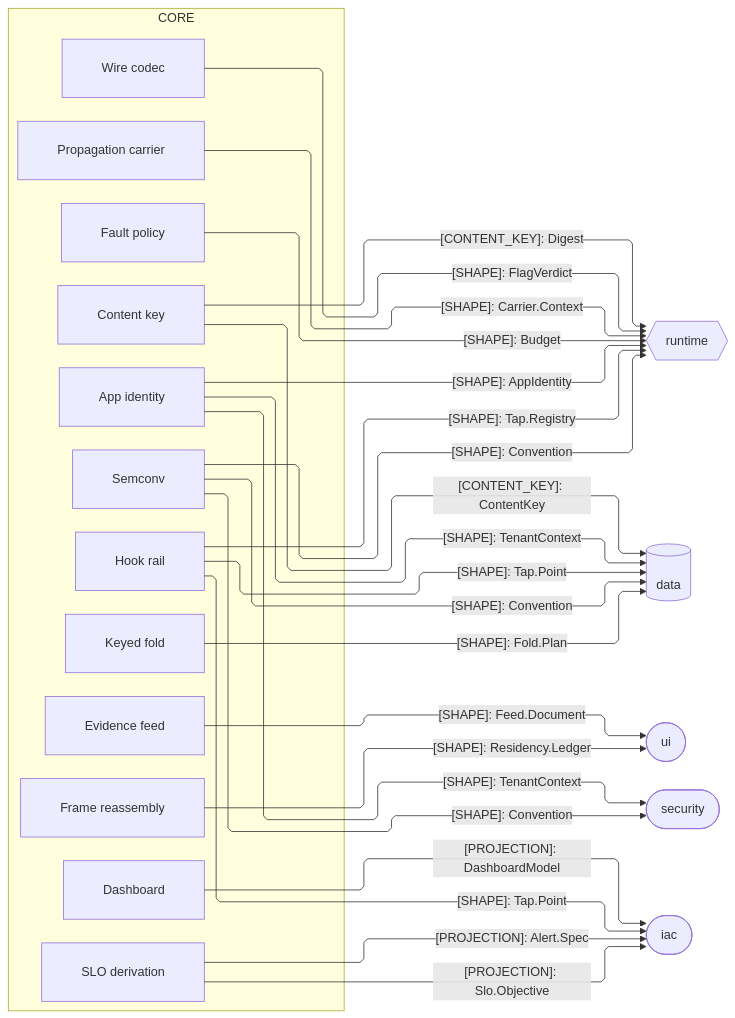
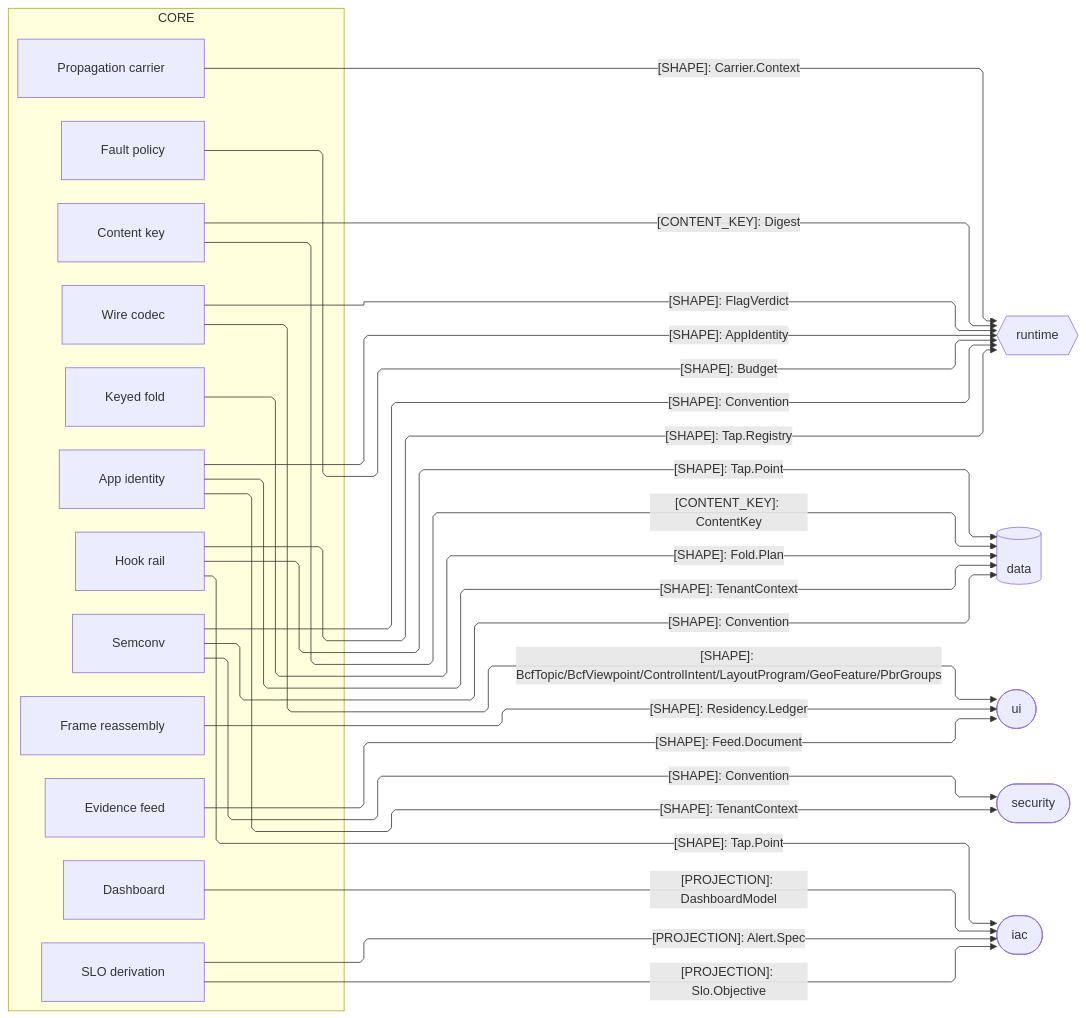
The third of 3 diagrams in libs/typescript/core/ARCHITECTURE.md (bsamiee/Rasm), drawn with Mermaid before and after one commit. The commit also changed other lines of this file and 486 other files, not shown here.

````diff
--- a/libs/typescript/core/ARCHITECTURE.md
+++ b/libs/typescript/core/ARCHITECTURE.md
@@ -162,51 +162,52 @@
 ```mermaid
 ---
 config:
   layout: elk
   flowchart:
     curve: linear
     padding: 25
 ---
 flowchart LR
     accTitle: Core TypeScript sibling seam registry
     accDescr: Core owners handing content identity and decoded shapes to the data, runtime, ui, security, and iac siblings.
     subgraph core[CORE]
         ContentKey[Content key]
         Codec[Wire codec]
         Frame[Frame reassembly]
         Fold[Keyed fold]
         Feed[Evidence feed]
         Identity[App identity]
         Fault[Fault policy]
         Convention[Semconv]
         Slo[SLO derivation]
         Board[Dashboard]
         Tap[Hook rail]
         Carrier[Propagation carrier]
     end
     Runtime{{runtime}}
     Data[(data)]
     Ui([ui])
     Security([security])
     Iac([iac])
     ContentKey e1@-->|"[CONTENT_KEY]: ContentKey"| Data
     ContentKey e2@-->|"[CONTENT_KEY]: Digest"| Runtime
     Codec e3@-->|"[SHAPE]: FlagVerdict"| Runtime
     Fold e4@-->|"[SHAPE]: Fold.Plan"| Data
     Feed e5@-->|"[SHAPE]: Feed.Document"| Ui
     Identity e6@-->|"[SHAPE]: TenantContext"| Security
     Identity e7@-->|"[SHAPE]: TenantContext"| Data
     Identity e8@-->|"[SHAPE]: AppIdentity"| Runtime
     Fault e9@-->|"[SHAPE]: Budget"| Runtime
     Convention e10@-->|"[SHAPE]: Convention"| Runtime
     Convention e12@-->|"[SHAPE]: Convention"| Data
     Convention e13@-->|"[SHAPE]: Convention"| Security
     Board e11@-->|"[PROJECTION]: DashboardModel"| Iac
     Slo e14@-->|"[PROJECTION]: Alert.Spec"| Iac
     Frame e15@-->|"[SHAPE]: Residency.Ledger"| Ui
+    Codec e21@-->|"[SHAPE]: BcfTopic/BcfViewpoint/ControlIntent/LayoutProgram/GeoFeature/PbrGroups"| Ui
     Slo e16@-->|"[PROJECTION]: Slo.Objective"| Iac
     Tap e17@-->|"[SHAPE]: Tap.Registry"| Runtime
     Carrier e18@-->|"[SHAPE]: Carrier.Context"| Runtime
     Tap e19@-->|"[SHAPE]: Tap.Point"| Data
     Tap e20@-->|"[SHAPE]: Tap.Point"| Iac
 ```
````
